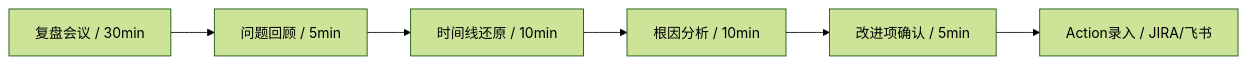
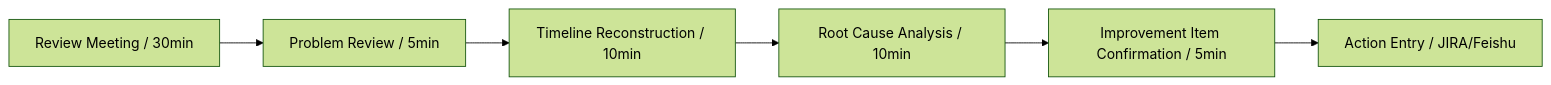
Before and after one commit to Kirky-X/cangjie: the eighth of 8 diagrams in templates/产品/交付层/【模板】发布计划文档.md, drawn with Mermaid (forest theme). The commit also changed other lines of this file and 60 other files, not shown here.

````diff
--- a/templates/产品/交付层/【模板】发布计划文档.md
+++ b/templates/产品/交付层/【模板】发布计划文档.md
@@ -626,8 +626,8 @@
 ```mermaid
 flowchart LR
-    A[复盘会议 / 30min] --> B[问题回顾 / 5min]
-    B --> C[时间线还原 / 10min]
-    C --> D[根因分析 / 10min]
-    D --> E[改进项确认 / 5min]
-    E --> F[Action录入 / JIRA/飞书]
+    A[Review Meeting / 30min] --> B[Problem Review / 5min]
+    B --> C[Timeline Reconstruction / 10min]
+    C --> D[Root Cause Analysis / 10min]
+    D --> E[Improvement Item Confirmation / 5min]
+    E --> F[Action Entry / JIRA/Feishu]
 ```
````
